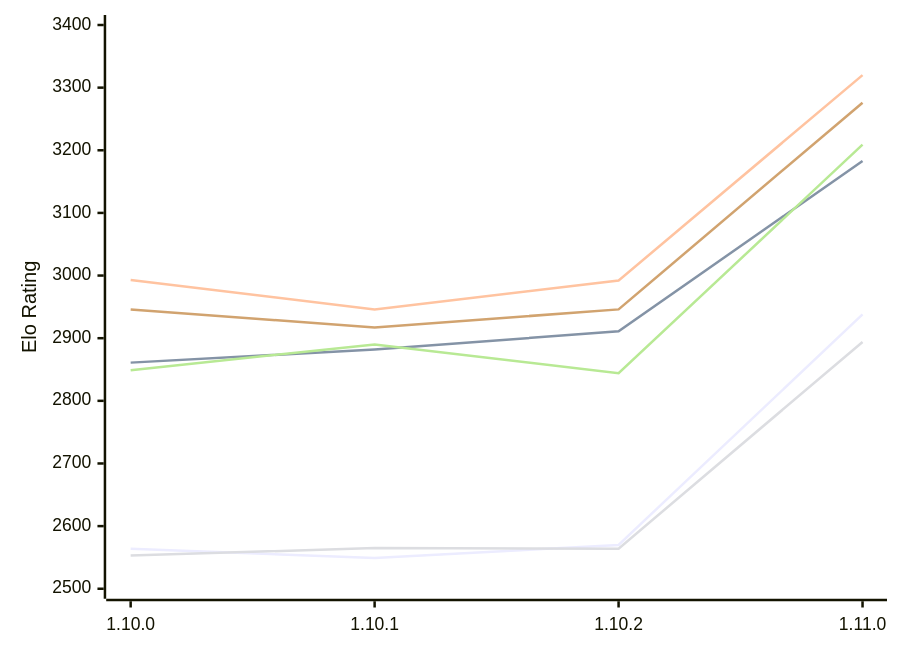
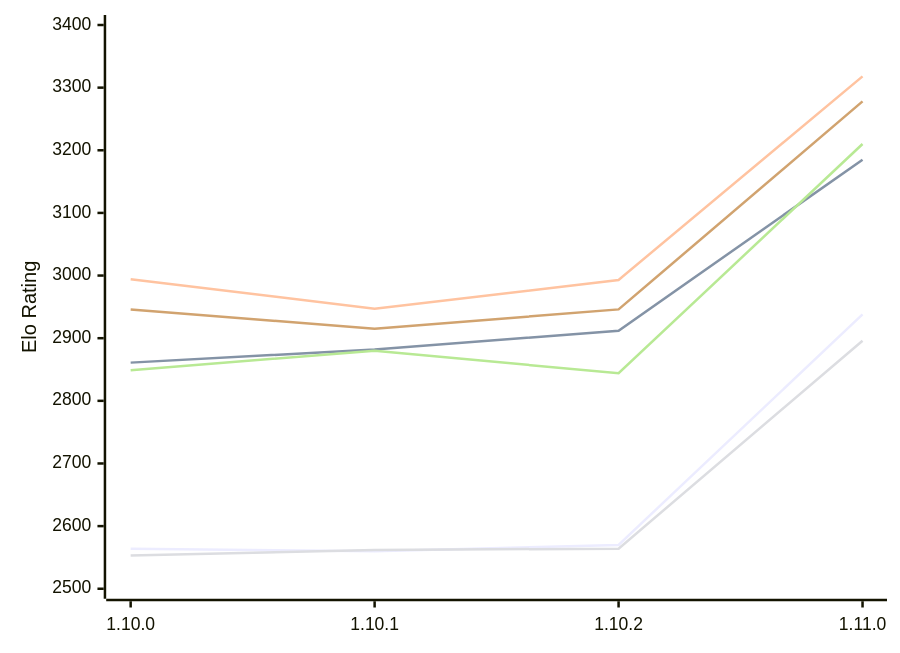
One commit to computer-chess-index/cci changed the first of 2 diagrams in engines/Basilisk.md. Above: the diagram before and after it, drawn with Mermaid. The commit also changed other lines of this file, not shown here.

Commit message:
Update CCI Ratings (ELO VLTC) - 2026-11-27

````diff
--- a/engines/Basilisk.md
+++ b/engines/Basilisk.md
@@ -65,12 +65,12 @@
 ```mermaid
 %%{init: {"theme":"base","themeVariables":{"seriesColors:['#a3a3a3','#222221','#faa371']}}}%%
 xychart-beta
   x-axis ["1.10.0", "1.10.1", "1.10.2", "1.11.0"]
   y-axis "Elo Rating" 2500 --> 3400
-  line "E1: STC (8.0+0.08s)" [2564, 2549, 2570, 2938]
-  line "E1: LTC (60.0+0.60s)" [2861, 2882, 2911, 3183]
-  line "E1: VLTC (2m24s+1.12s)" [2993, 2946, 2992, 3320]
-  line "P1: STC (8.0+0.08s)" [2553, 2565, 2564, 2894]
-  line "P1: LTC (60.0+0.60s)" [2849, 2890, 2844, 3209]
-  line "P1: VLTC (2m24s+1.12s)" [2946, 2917, 2946, 3276]
+  line "E1: STC (8.0+0.08s)" [2564, 2560, 2570, 2938]
+  line "E1: LTC (60.0+0.60s)" [2861, 2882, 2912, 3185]
+  line "E1: VLTC (2m24s+1.12s)" [2994, 2947, 2993, 3318]
+  line "P1: STC (8.0+0.08s)" [2553, 2562, 2564, 2896]
+  line "P1: LTC (60.0+0.60s)" [2849, 2880, 2844, 3210]
+  line "P1: VLTC (2m24s+1.12s)" [2946, 2915, 2946, 3278]
 ```
````
